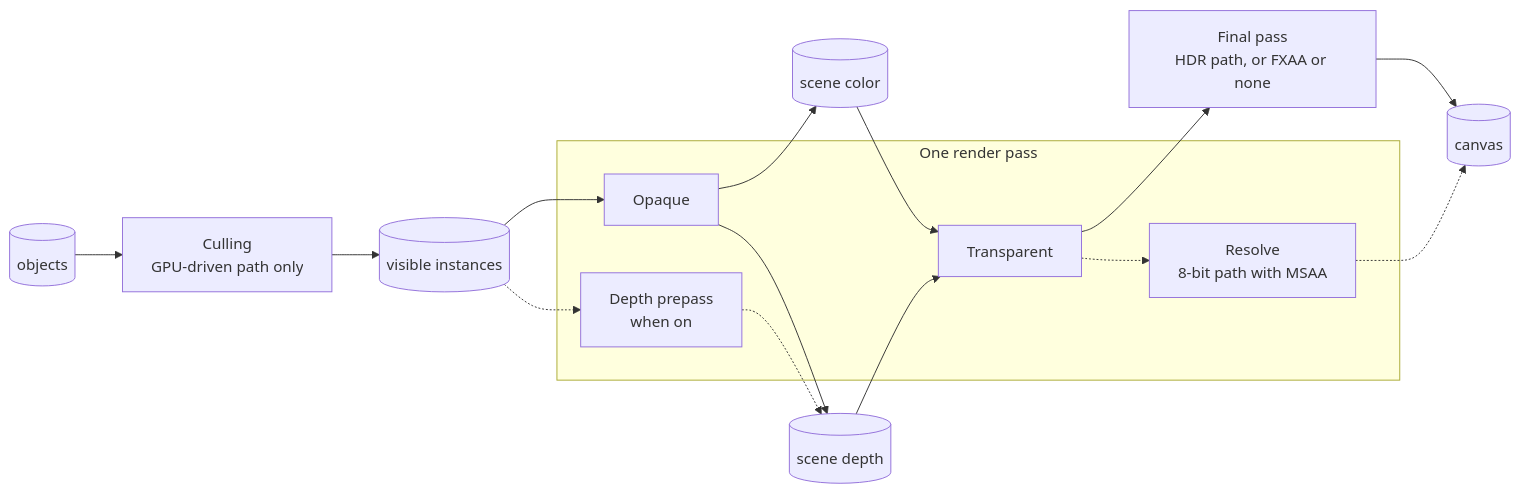
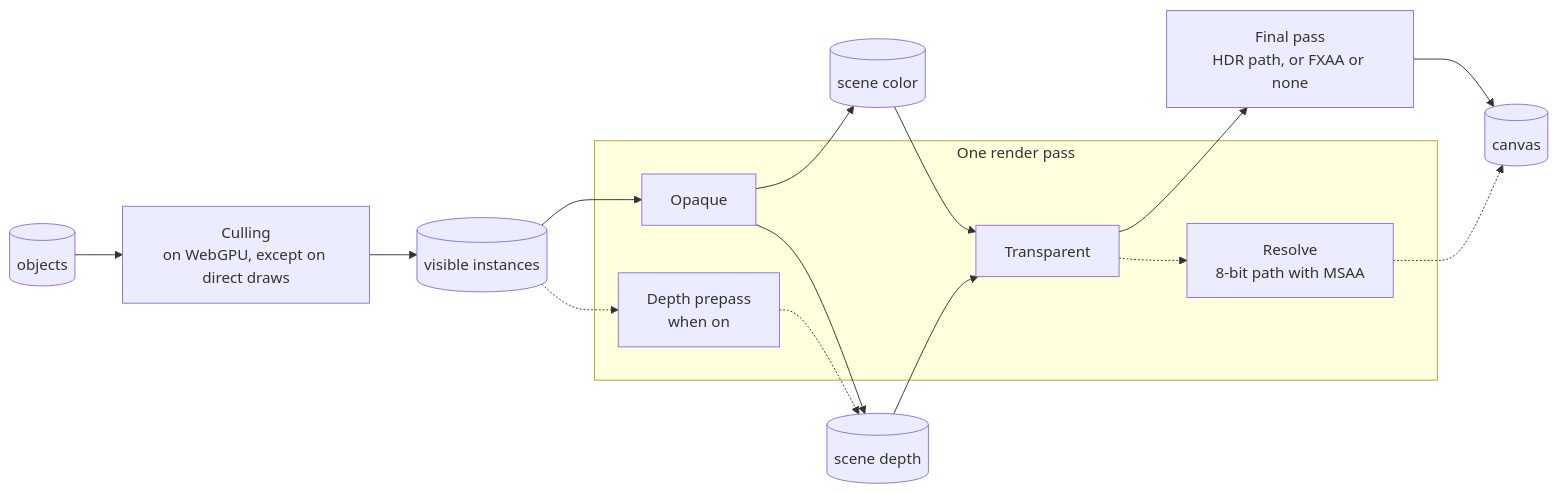
One commit to null3d-engine/null3d changed the first of 2 diagrams in docs/concepts/render-graph.md. Above: the diagram before and after it, drawn with Mermaid. The commit also changed other lines of this file and 175 other files, not shown here.

````diff
--- a/docs/concepts/render-graph.md
+++ b/docs/concepts/render-graph.md
@@ -13,19 +9,19 @@
 ```mermaid
 flowchart LR
-    objects[("objects")] --> culling["Culling<br/>GPU-driven path only"] --> visible[("visible instances")]
+    objects[("objects")] --> culling["Culling<br/>on WebGPU, except on direct draws"] --> visible[("visible instances")]
     visible --> opaque
     visible -.-> prepass
     subgraph scene["One render pass"]
         prepass["Depth prepass<br/>when on"]
         opaque["Opaque"]
         transparent["Transparent"]
         resolve["Resolve<br/>8-bit path with MSAA"]
     end
     prepass -.-> depth
     opaque --> color[("scene color")]
     opaque --> depth[("scene depth")]
     color --> transparent
     depth --> transparent
     transparent --> final["Final pass<br/>HDR path, or FXAA or none"] --> canvas[("canvas")]
     transparent -.-> resolve -.-> canvas
 ```
````
